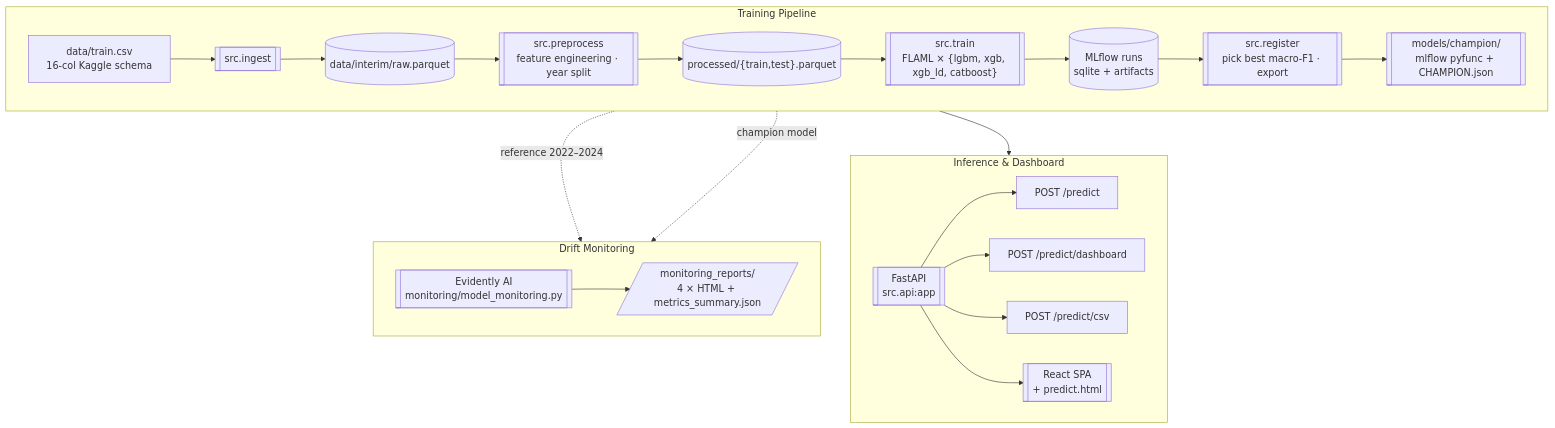
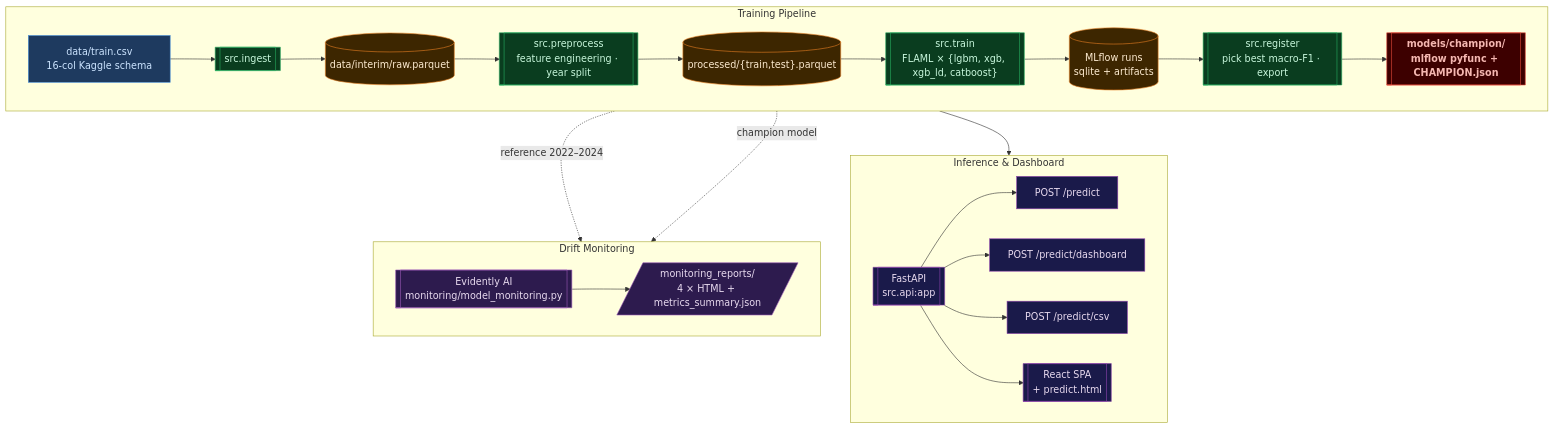
Before and after one commit to T0MYYY/f1-pit-stop-prediction-adsp32021: the diagram in README.md, drawn with Mermaid.

Commit message:
Architecture: color individual nodes only

````diff
--- a/README.md
+++ b/README.md
@@ -52,30 +52,44 @@
 ```mermaid
 flowchart TB
     subgraph TRAIN ["Training Pipeline"]
         direction LR
         raw["data/train.csv\n16-col Kaggle schema"] --> ingest[["src.ingest"]]
         ingest --> parq[("data/interim/raw.parquet")]
         parq --> prep[["src.preprocess\nfeature engineering · year split"]]
         prep --> trainparq[("processed/{train,test}.parquet")]
         trainparq --> trn[["src.train\nFLAML × {lgbm, xgb, xgb_ld, catboost}"]]
         trn --> mlflow[("MLflow runs\nsqlite + artifacts")]
         mlflow --> reg[["src.register\npick best macro-F1 · export"]]
         reg --> champ[["models/champion/\nmlflow pyfunc + CHAMPION.json"]]
     end
 
     subgraph SERVE ["Inference & Dashboard"]
         direction LR
         champ --> api[["FastAPI\nsrc.api:app"]]
         api --> ep1["POST /predict"]
         api --> ep2["POST /predict/dashboard"]
         api --> ep3["POST /predict/csv"]
         api --> ui[["React SPA\n+ predict.html"]]
     end
 
     subgraph MONITOR ["Drift Monitoring"]
         direction LR
         trainparq -.->|"reference 2022–2024"| mon[["Evidently AI\nmonitoring/model_monitoring.py"]]
         champ -.->|"champion model"| mon
         mon --> rep[/"monitoring_reports/\n4 × HTML + metrics_summary.json"/]
     end
+
+    classDef dataNode    fill:#1e3a5f,stroke:#4a90d9,color:#cce4ff
+    classDef processNode fill:#0a3d1f,stroke:#27ae60,color:#c8f7dc
+    classDef storageNode fill:#3d2600,stroke:#e67e22,color:#fdebd0
+    classDef champNode   fill:#3d0000,stroke:#e74c3c,color:#f5b7b1,font-weight:bold
+    classDef serveNode   fill:#1a1a4a,stroke:#8e44ad,color:#e8daef
+    classDef monNode     fill:#2d1b4e,stroke:#9b59b6,color:#e8daef
+
+    class raw dataNode
+    class ingest,prep,trn,reg processNode
+    class parq,trainparq,mlflow storageNode
+    class champ champNode
+    class api,ep1,ep2,ep3,ui serveNode
+    class mon,rep monNode
 ```
````
